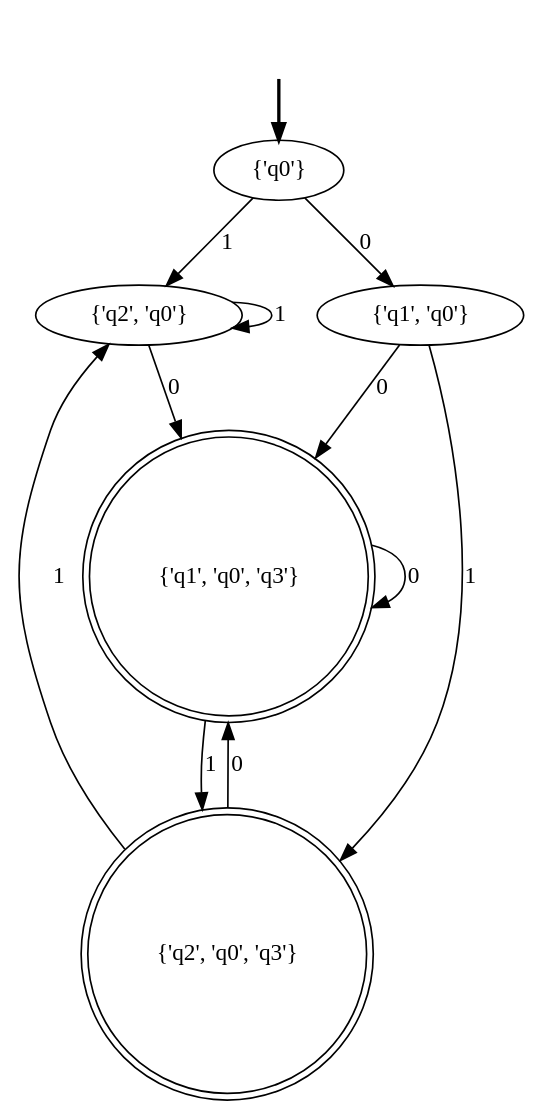
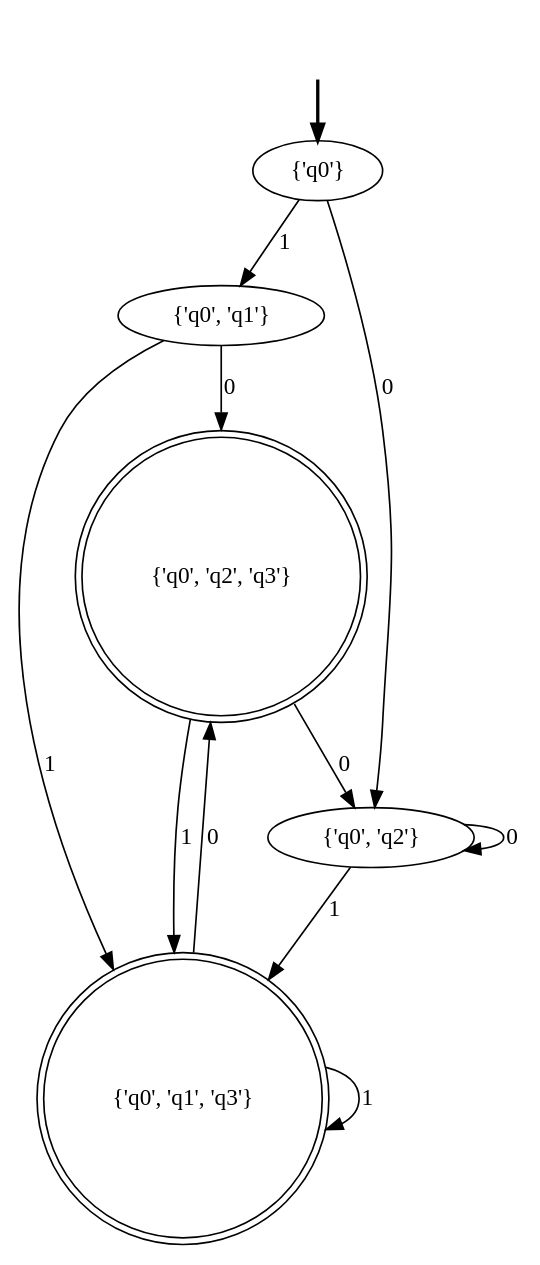
Before and after one commit to fanzou2020/Automata: the diagram in n2d/dfa_transition_table.dot, drawn with Graphviz. The commit also changed 14 other files, not shown here.

```diff
--- a/n2d/dfa_transition_table.dot
+++ b/n2d/dfa_transition_table.dot
@@ -1,19 +1,19 @@
 digraph {
 	fake [style=invisible]
+	"{'q0', 'q1'}"
+	"{'q0', 'q2'}"
 	"{'q0'}" [root=true]
-	"{'q2', 'q0', 'q3'}" [shape=doublecircle]
-	"{'q1', 'q0', 'q3'}" [shape=doublecircle]
-	"{'q2', 'q0'}"
-	"{'q1', 'q0'}"
+	"{'q0', 'q2', 'q3'}" [shape=doublecircle]
+	"{'q0', 'q1', 'q3'}" [shape=doublecircle]
 	fake -> "{'q0'}" [style=bold]
-	"{'q0'}" -> "{'q1', 'q0'}" [label=0]
-	"{'q0'}" -> "{'q2', 'q0'}" [label=1]
-	"{'q1', 'q0'}" -> "{'q1', 'q0', 'q3'}" [label=0]
-	"{'q1', 'q0'}" -> "{'q2', 'q0', 'q3'}" [label=1]
-	"{'q2', 'q0'}" -> "{'q1', 'q0', 'q3'}" [label=0]
-	"{'q2', 'q0'}" -> "{'q2', 'q0'}" [label=1]
-	"{'q1', 'q0', 'q3'}" -> "{'q1', 'q0', 'q3'}" [label=0]
-	"{'q1', 'q0', 'q3'}" -> "{'q2', 'q0', 'q3'}" [label=1]
-	"{'q2', 'q0', 'q3'}" -> "{'q1', 'q0', 'q3'}" [label=0]
-	"{'q2', 'q0', 'q3'}" -> "{'q2', 'q0'}" [label=1]
+	"{'q0'}" -> "{'q0', 'q2'}" [label=0]
+	"{'q0'}" -> "{'q0', 'q1'}" [label=1]
+	"{'q0', 'q2'}" -> "{'q0', 'q2'}" [label=0]
+	"{'q0', 'q2'}" -> "{'q0', 'q1', 'q3'}" [label=1]
+	"{'q0', 'q1'}" -> "{'q0', 'q2', 'q3'}" [label=0]
+	"{'q0', 'q1'}" -> "{'q0', 'q1', 'q3'}" [label=1]
+	"{'q0', 'q1', 'q3'}" -> "{'q0', 'q2', 'q3'}" [label=0]
+	"{'q0', 'q1', 'q3'}" -> "{'q0', 'q1', 'q3'}" [label=1]
+	"{'q0', 'q2', 'q3'}" -> "{'q0', 'q2'}" [label=0]
+	"{'q0', 'q2', 'q3'}" -> "{'q0', 'q1', 'q3'}" [label=1]
 }
```
